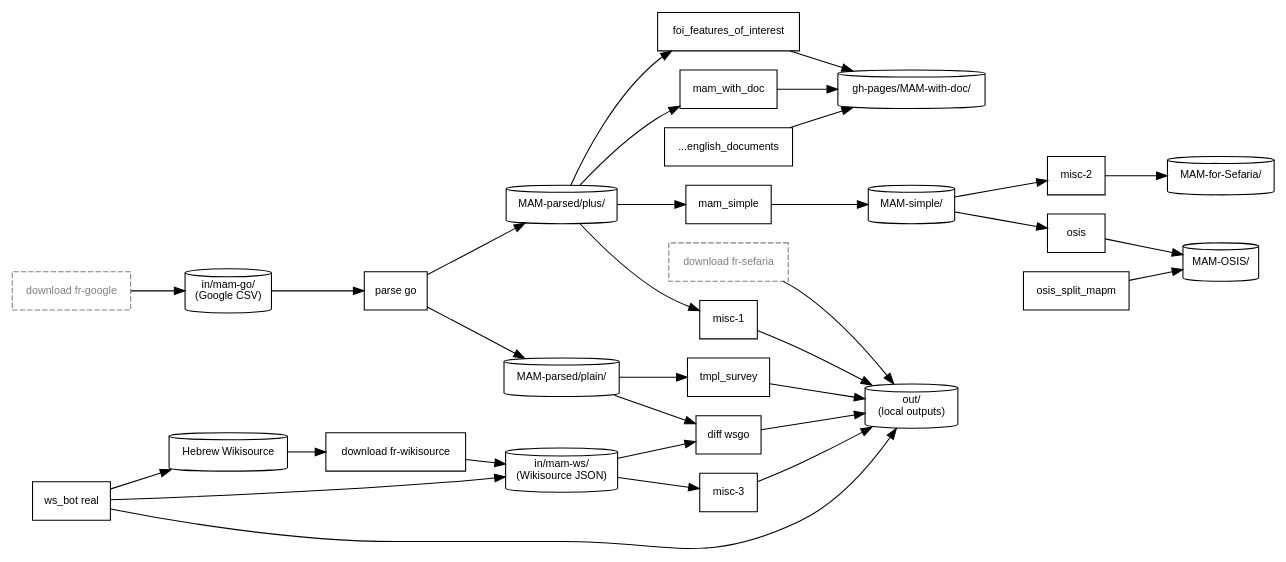
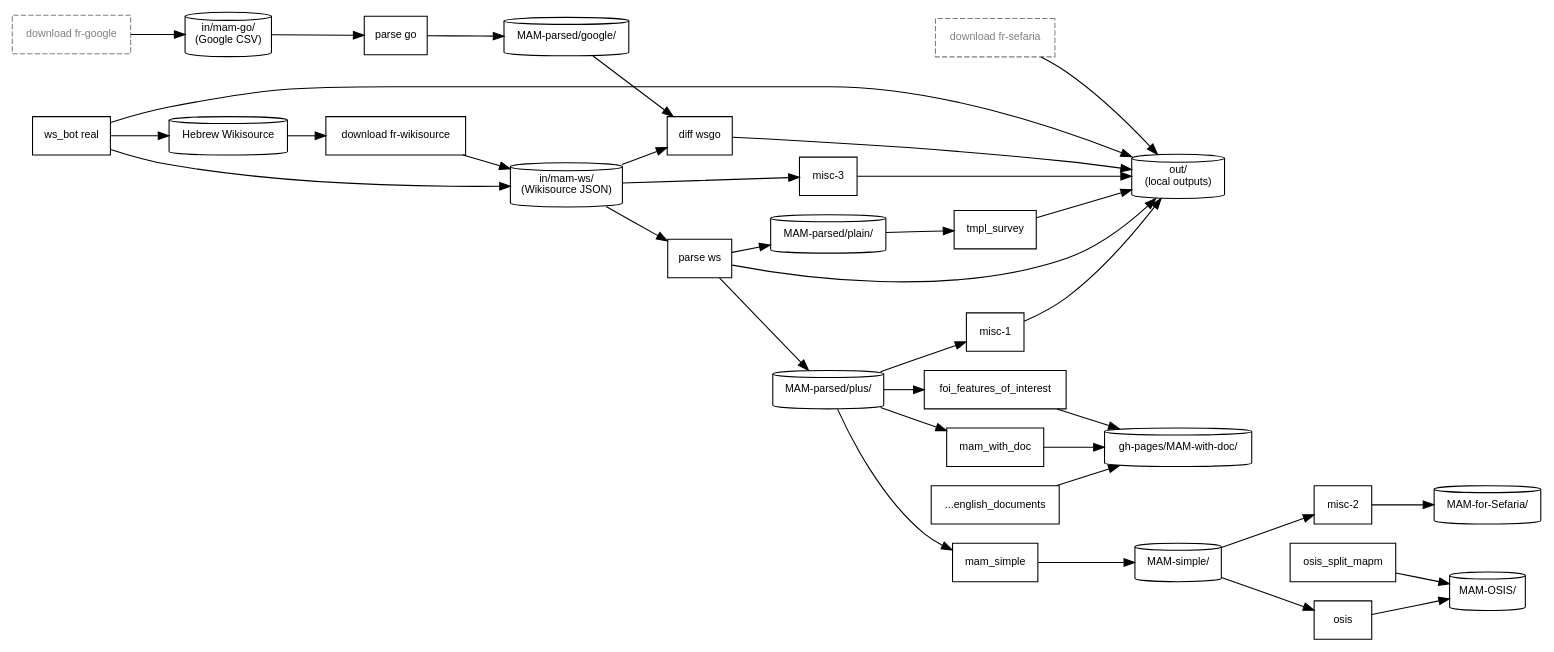
Before and after one commit to bdenckla/MAM-basics: the diagram in doc/process-documentation/pipeline.dot, drawn with Graphviz. The commit also changed 40 other files, not shown here.

First line of the commit message:
Cut MAM products over to Wikisource

```diff
--- a/doc/process-documentation/pipeline.dot
+++ b/doc/process-documentation/pipeline.dot
@@ -1,92 +1,97 @@
 digraph mam_pipeline {
     // This file was generated by MAM-basics/py/main_pipeline_graph.py.
     // Do not edit by hand; edit py/pipeline_graph/pipeline_graph_spec.py instead.
     graph [comment="This file was generated by MAM-basics/py/main_pipeline_graph.py."];
     // Generated from structured pipeline data.
     rankdir=LR;
     node [fontname="Helvetica", fontsize=10];
     edge [fontname="Helvetica", fontsize=9];
 
     // ── Data stores ──
     node [shape=cylinder];
-    ds_go_csv        [label="in/mam-go/\n(Google CSV)"];
-    ds_parsed_plus   [label="MAM-parsed/plus/"];
-    ds_parsed_plain  [label="MAM-parsed/plain/"];
-    ds_ws            [label="in/mam-ws/\n(Wikisource JSON)"];
-    src_ws_live      [label="Hebrew Wikisource"];
-    ds_simple        [label="MAM-simple/"];
-    ds_with_doc      [label="gh-pages/MAM-with-doc/"];
-    ds_sefaria       [label="MAM-for-Sefaria/"];
-    ds_osis          [label="MAM-OSIS/"];
-    ds_out           [label="out/\n(local outputs)"];
+    ds_go_csv         [label="in/mam-go/\n(Google CSV)"];
+    ds_parsed_google  [label="MAM-parsed/google/"];
+    ds_parsed_plus    [label="MAM-parsed/plus/"];
+    ds_parsed_plain   [label="MAM-parsed/plain/"];
+    ds_ws             [label="in/mam-ws/\n(Wikisource JSON)"];
+    src_ws_live       [label="Hebrew Wikisource"];
+    ds_simple         [label="MAM-simple/"];
+    ds_with_doc       [label="gh-pages/MAM-with-doc/"];
+    ds_sefaria        [label="MAM-for-Sefaria/"];
+    ds_osis           [label="MAM-OSIS/"];
+    ds_out            [label="out/\n(local outputs)"];
 
     // ── External prerequisites (not part of _STEPS) ──
     node [shape=box, style=dashed, color=gray, fontcolor=gray];
-    download_go      [label="download fr-google"];
-    download_sef     [label="download fr-sefaria"];
-    download_ws      [label="download fr-wikisource", style="", color="", fontcolor=""];
+    download_go       [label="download fr-google"];
+    download_sef      [label="download fr-sefaria"];
+    download_ws       [label="download fr-wikisource", style="", color="", fontcolor=""];
 
     // ── Pipeline steps ──
     node [shape=box, style="", color="", fontcolor=""];
-    parse_go         [label="parse go"];
-    foi              [label="foi_features_of_interest"];
-    mam_with_doc     [label="mam_with_doc"];
-    tmpl_survey      [label="tmpl_survey"];
-    mam_simple       [label="mam_simple"];
-    misc_2           [label="misc-2"];
-    osis             [label="osis"];
-    misc_1           [label="misc-1", tooltip="decnreub\nmultimark\nwordlist\nexplicit_xataf\ndiff ctr-vs-mam"];
-    diff_wsgo        [label="diff wsgo"];
-    misc_3           [label="misc-3", tooltip="parse ws\nws_bot proto"];
-    ws_bot           [label="ws_bot real"];
-    gen_docs         [label="...english_documents"];
-    osis_split       [label="osis_split_mapm"];
+    parse_go          [label="parse go"];
+    parse_ws          [label="parse ws"];
+    foi               [label="foi_features_of_interest"];
+    mam_with_doc      [label="mam_with_doc"];
+    tmpl_survey       [label="tmpl_survey"];
+    mam_simple        [label="mam_simple"];
+    misc_2            [label="misc-2"];
+    osis              [label="osis"];
+    misc_1            [label="misc-1", tooltip="decnreub\nmultimark\nwordlist\nexplicit_xataf\ndiff ctr-vs-mam"];
+    diff_wsgo         [label="diff wsgo"];
+    misc_3            [label="misc-3"];
+    ws_bot            [label="ws_bot real"];
+    gen_docs          [label="...english_documents"];
+    osis_split        [label="osis_split_mapm"];
 
     // ── Edges ──
 
     // Google pipeline
-    download_go     -> ds_go_csv;
-    ds_go_csv       -> parse_go;
-    parse_go        -> ds_parsed_plus;
-    parse_go        -> ds_parsed_plain;
+    download_go      -> ds_go_csv;
+    ds_go_csv        -> parse_go;
+    parse_go         -> ds_parsed_google;
+    ds_parsed_google -> diff_wsgo;
 
     // MAM-parsed consumers
-    ds_parsed_plus  -> foi;
-    ds_parsed_plus  -> mam_with_doc;
-    ds_parsed_plus  -> mam_simple;
-    ds_parsed_plus  -> misc_1;
-    ds_parsed_plain -> tmpl_survey;
-    ds_parsed_plain -> diff_wsgo;
+    ds_parsed_plus   -> foi;
+    ds_parsed_plus   -> mam_with_doc;
+    ds_parsed_plus   -> mam_simple;
+    ds_parsed_plus   -> misc_1;
+    ds_parsed_plain  -> tmpl_survey;
 
     // MAM-with-doc outputs
-    foi             -> ds_with_doc;
-    mam_with_doc    -> ds_with_doc;
-    gen_docs        -> ds_with_doc;
+    foi              -> ds_with_doc;
+    mam_with_doc     -> ds_with_doc;
+    gen_docs         -> ds_with_doc;
 
     // MAM-simple pipeline
-    mam_simple      -> ds_simple;
-    ds_simple       -> misc_2;
-    ds_simple       -> osis;
-    misc_2          -> ds_sefaria;
-    osis            -> ds_osis;
-    osis_split      -> ds_osis;
+    mam_simple       -> ds_simple;
+    ds_simple        -> misc_2;
+    ds_simple        -> osis;
+    misc_2           -> ds_sefaria;
+    osis             -> ds_osis;
+    osis_split       -> ds_osis;
 
     // Local out/ outputs
-    tmpl_survey     -> ds_out;
-    misc_1          -> ds_out;
-    diff_wsgo       -> ds_out;
-    misc_3          -> ds_out;
+    tmpl_survey      -> ds_out;
+    misc_1           -> ds_out;
+    diff_wsgo        -> ds_out;
+    parse_ws         -> ds_out;
+    misc_3           -> ds_out;
 
     // Wikisource pipeline
-    src_ws_live     -> download_ws;
-    download_ws     -> ds_ws;
-    ds_ws           -> diff_wsgo;
-    ds_ws           -> misc_3;
-    ws_bot          -> src_ws_live;
-    ws_bot          -> ds_ws;
-    ws_bot          -> ds_out [tooltip="via automatic post-download reparse"];
+    src_ws_live      -> download_ws;
+    download_ws      -> ds_ws;
+    ds_ws            -> diff_wsgo;
+    ds_ws            -> parse_ws;
+    parse_ws         -> ds_parsed_plain;
+    parse_ws         -> ds_parsed_plus;
+    ds_ws            -> misc_3;
+    ws_bot           -> src_ws_live;
+    ws_bot           -> ds_ws;
+    ws_bot           -> ds_out [tooltip="via automatic post-download reparse"];
 
     // Sefaria download (standalone)
-    download_sef    -> ds_out;
+    download_sef     -> ds_out;
 
 }
```
